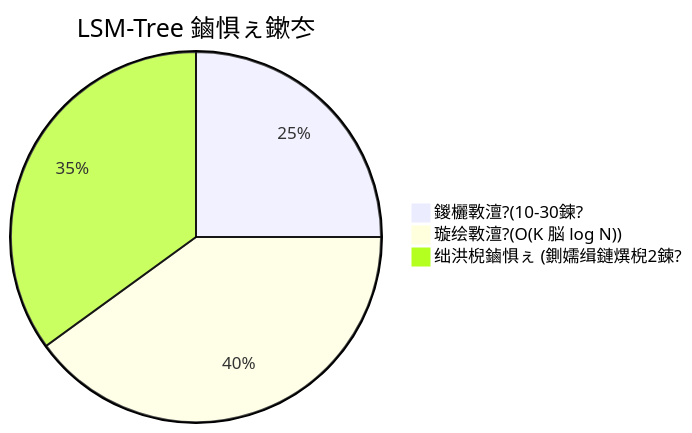
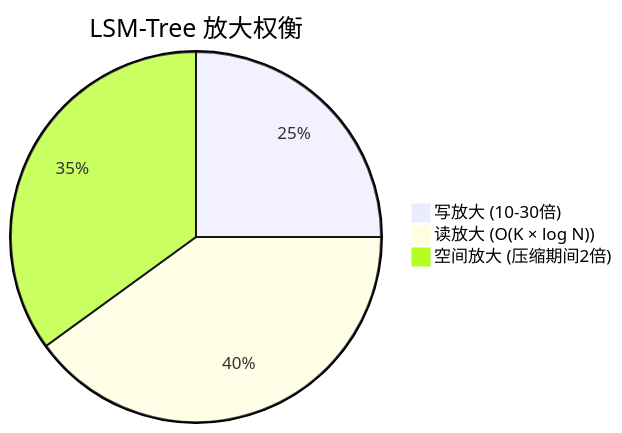
The third of 3 diagrams in deepvector/course/ch05_lsm_tree/05_LSM-Tree存储引擎_zh.md (Thezx-a/LumenDB), drawn with Mermaid before and after one commit. The commit also changed other lines of this file and 91 other files, not shown here.

````diff
--- a/deepvector/course/ch05_lsm_tree/05_LSM-Tree存储引擎_zh.md
+++ b/deepvector/course/ch05_lsm_tree/05_LSM-Tree存储引擎_zh.md
@@ -317,7 +496,7 @@
 ```mermaid
 pie
-    title LSM-Tree 鏀惧ぇ鏉冭　
-    "鍐欐斁澶?(10-30鍊?" : 25
-    "璇绘斁澶?(O(K 脳 log N))" : 40
-    "绌洪棿鏀惧ぇ (鍘嬬缉鏈熼棿2鍊?" : 35
+    title LSM-Tree 放大权衡
+    "写放大 (10-30倍)" : 25
+    "读放大 (O(K × log N))" : 40
+    "空间放大 (压缩期间2倍)" : 35
 ```
````
